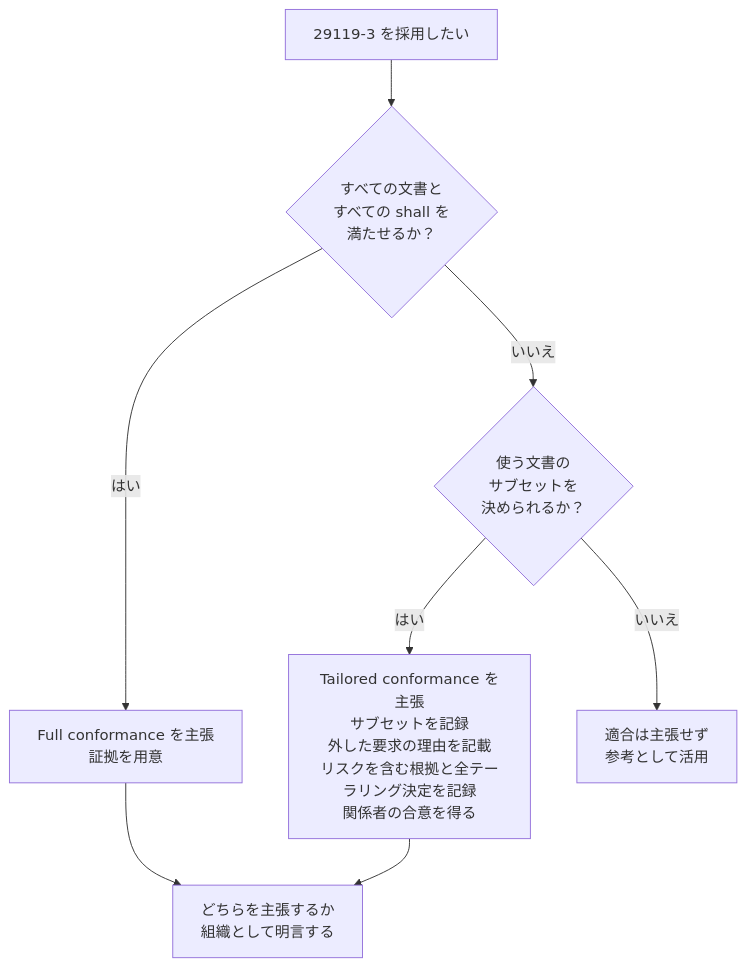
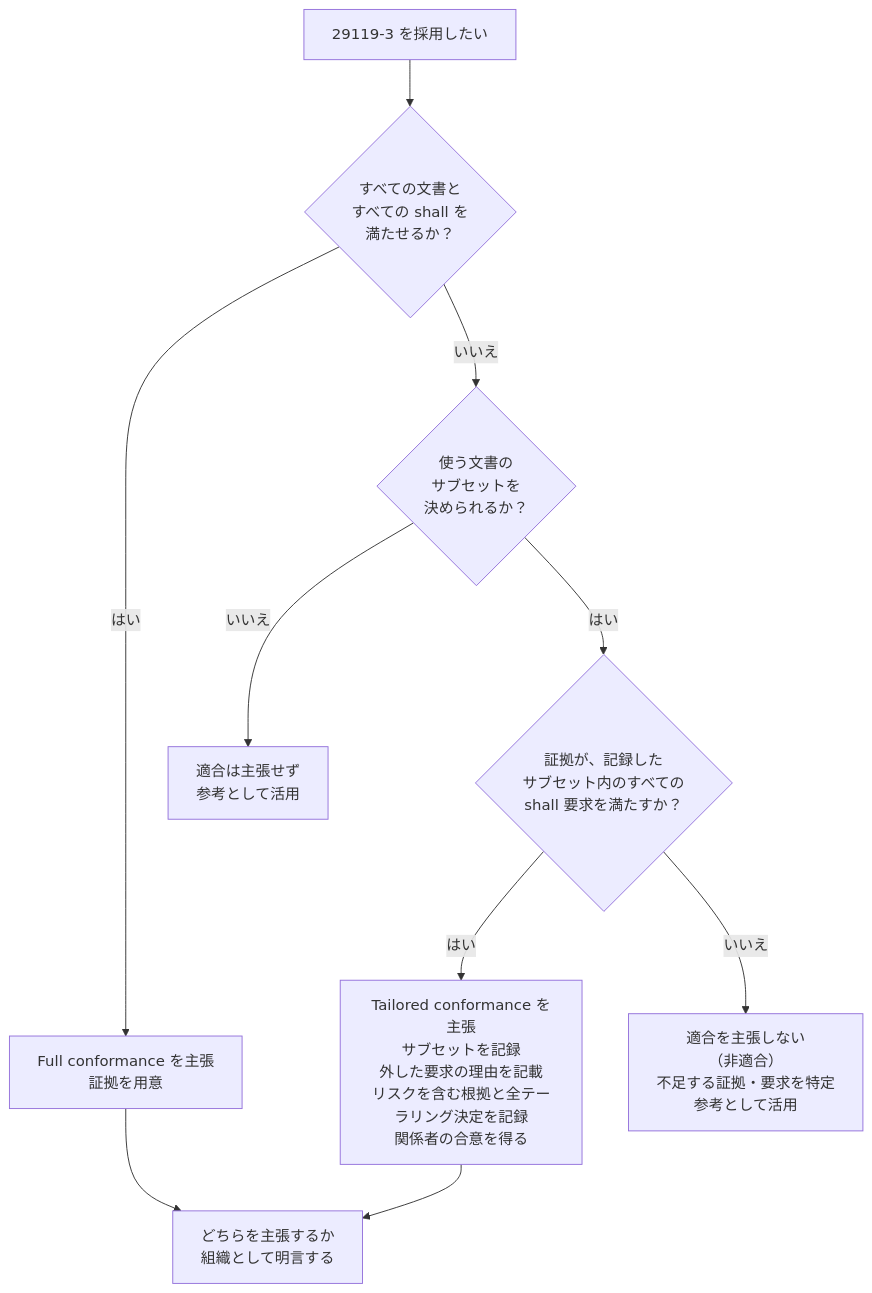
The fourth of 12 diagrams in Iso-iec-ieee-29119-3-2021-guide.md (myoshi2891/Quality-Assurance-Studies), drawn with Mermaid before and after one commit.

Commit message:
docs(29119-3): clarify tailored conformance decision flow with non-conformance branch

````diff
--- a/Iso-iec-ieee-29119-3-2021-guide.md
+++ b/Iso-iec-ieee-29119-3-2021-guide.md
@@ -198,10 +198,12 @@
 ```mermaid
 flowchart TD
     S["29119-3 を採用したい"] --> Q1{"すべての文書と<br/>すべての shall を<br/>満たせるか？"}
     Q1 -->|"はい"| F["Full conformance を主張<br/>証拠を用意"]
     Q1 -->|"いいえ"| Q2{"使う文書の<br/>サブセットを<br/>決められるか？"}
-    Q2 -->|"はい"| T["Tailored conformance を主張<br/>サブセットを記録<br/>外した要求の理由を記載<br/>リスクを含む根拠と全テーラリング決定を記録<br/>関係者の合意を得る"]
+    Q2 -->|"はい"| Q3{"証拠が、記録した<br/>サブセット内のすべての<br/>shall 要求を満たすか？"}
     Q2 -->|"いいえ"| N["適合は主張せず<br/>参考として活用"]
+    Q3 -->|"はい"| T["Tailored conformance を主張<br/>サブセットを記録<br/>外した要求の理由を記載<br/>リスクを含む根拠と全テーラリング決定を記録<br/>関係者の合意を得る"]
+    Q3 -->|"いいえ"| NC["適合を主張しない<br/>（非適合）<br/>不足する証拠・要求を特定<br/>参考として活用"]
     F --> M["どちらを主張するか<br/>組織として明言する"]
     T --> M
 ```
````
